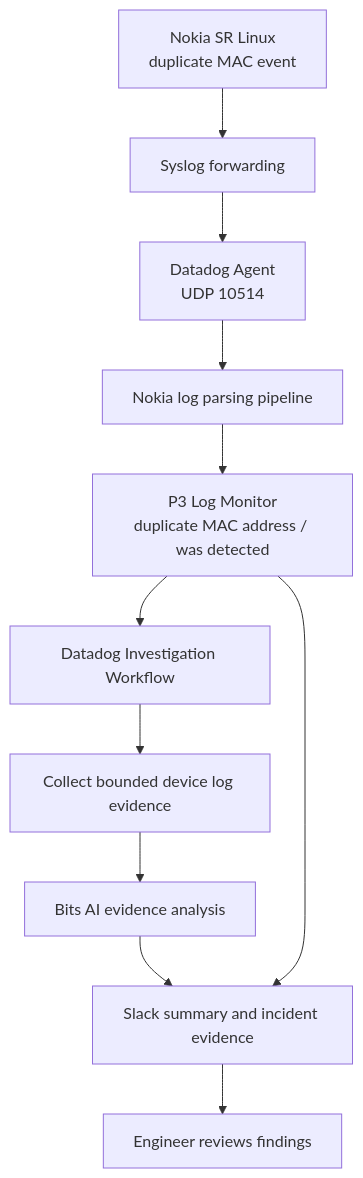
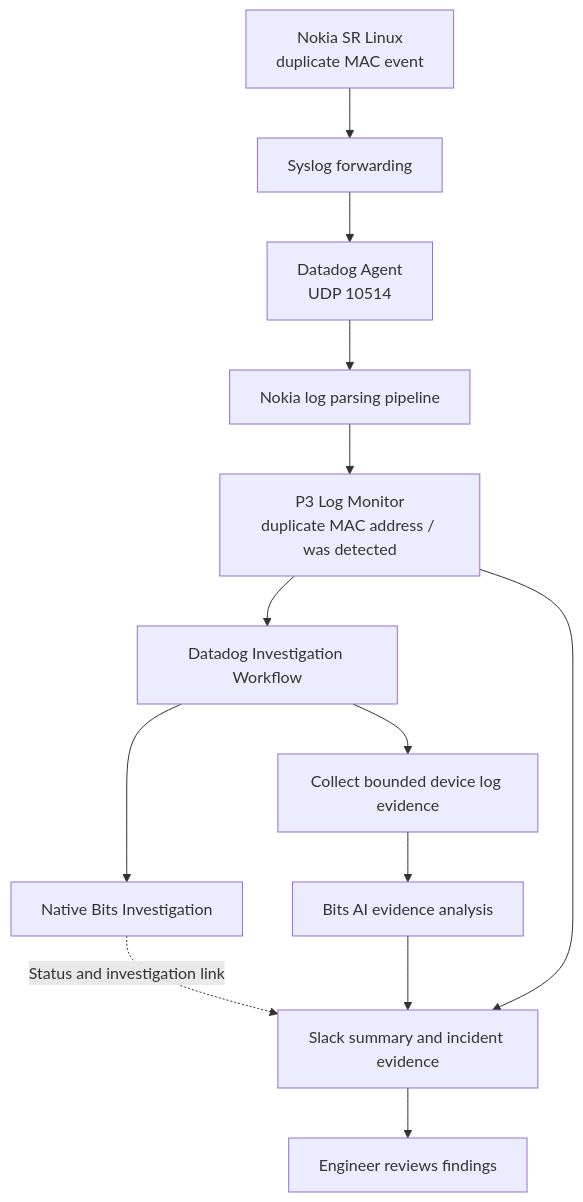
Before and after one commit to avecenabasuni/mac-flapping-aiops: the second of 3 diagrams in README.md, drawn with Mermaid. The commit also changed other lines of this file and 6 other files, not shown here.

Commit message:
Fix event chronology and integrate native Bits Investigation

````diff
--- a/README.md
+++ b/README.md
@@ -50,13 +50,15 @@
 ```mermaid
 flowchart TD
     SW["Nokia SR Linux<br/>duplicate MAC event"] --> SYS["Syslog forwarding"]
     SYS --> AGENT["Datadog Agent<br/>UDP 10514"]
     AGENT --> PIPE["Nokia log parsing pipeline"]
     PIPE --> MON["P3 Log Monitor<br/>duplicate MAC address / was detected"]
     MON --> INVEST["Datadog Investigation Workflow"]
+    INVEST --> NATIVE["Native Bits Investigation"]
+    NATIVE -.->|"Status and investigation link"| SLACK
     INVEST --> FETCH["Collect bounded device log evidence"]
     FETCH --> AI["Bits AI evidence analysis"]
     AI --> SLACK["Slack summary and incident evidence"]
     MON --> SLACK
     SLACK --> HUMAN["Engineer reviews findings"]
 ```
````
